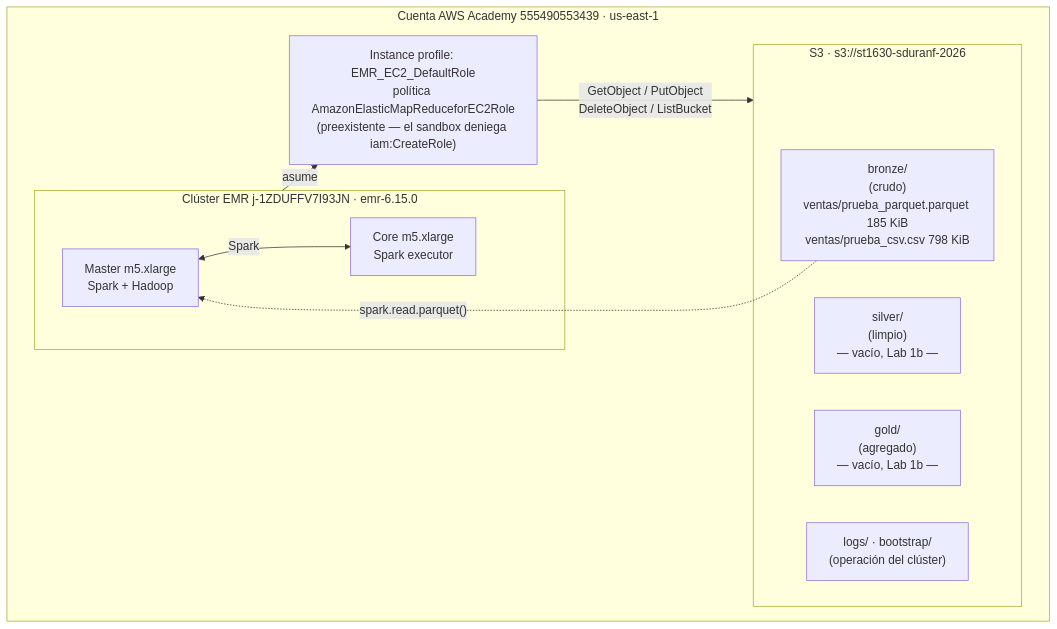
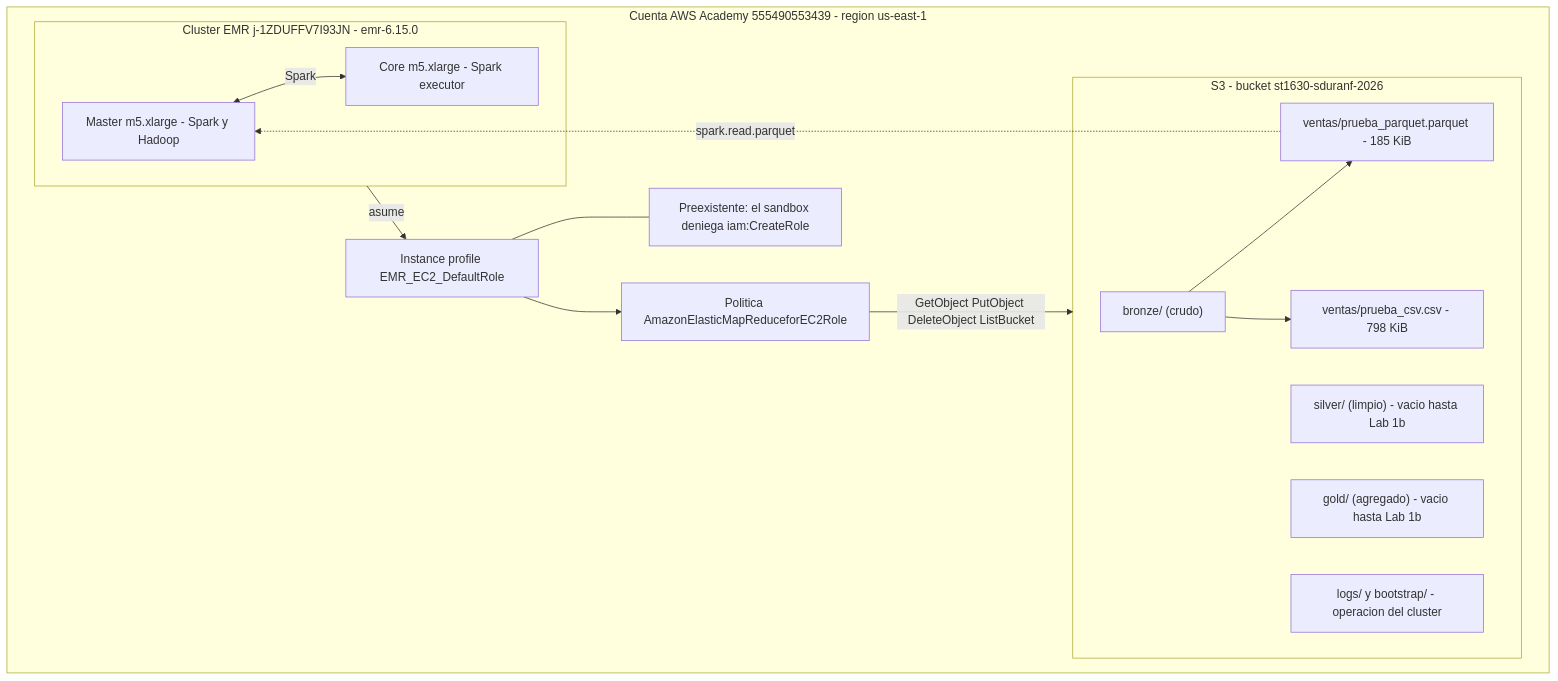
The diagram in labs/lab1a-cloud-setup/entregas/sduranf/architecture.md (juanjosediazrodriguez/st1630-252), drawn with Mermaid before and after one commit.

Commit message:
fix(lab1a): corregir renderizado del diagrama mermaid

````diff
--- a/labs/lab1a-cloud-setup/entregas/sduranf/architecture.md
+++ b/labs/lab1a-cloud-setup/entregas/sduranf/architecture.md
@@ -8,23 +8,31 @@
 ```mermaid
 flowchart TB
-    subgraph AWS["Cuenta AWS Academy 555490553439 · us-east-1"]
-        subgraph S3["S3 · s3://st1630-sduranf-2026"]
-            B["bronze/<br/>(crudo)<br/>ventas/prueba_parquet.parquet 185 KiB<br/>ventas/prueba_csv.csv 798 KiB"]
-            S["silver/<br/>(limpio)<br/>— vacío, Lab 1b —"]
-            G["gold/<br/>(agregado)<br/>— vacío, Lab 1b —"]
-            L["logs/ · bootstrap/<br/>(operación del clúster)"]
+    subgraph AWS["Cuenta AWS Academy 555490553439 - region us-east-1"]
+        subgraph S3["S3 - bucket st1630-sduranf-2026"]
+            B["bronze/ (crudo)"]
+            BV["ventas/prueba_parquet.parquet - 185 KiB"]
+            BC["ventas/prueba_csv.csv - 798 KiB"]
+            S["silver/ (limpio) - vacio hasta Lab 1b"]
+            G["gold/ (agregado) - vacio hasta Lab 1b"]
+            L["logs/ y bootstrap/ - operacion del cluster"]
         end
 
-        IAM["Instance profile: EMR_EC2_DefaultRole<br/>política AmazonElasticMapReduceforEC2Role<br/>(preexistente — el sandbox deniega iam:CreateRole)"]
+        IAM["Instance profile EMR_EC2_DefaultRole"]
+        POL["Politica AmazonElasticMapReduceforEC2Role"]
+        NOTA["Preexistente: el sandbox deniega iam:CreateRole"]
 
-        subgraph EMR["Clúster EMR j-1ZDUFFV7I93JN · emr-6.15.0"]
-            M["Master m5.xlarge<br/>Spark + Hadoop"]
-            C["Core m5.xlarge<br/>Spark executor"]
+        subgraph EMR["Cluster EMR j-1ZDUFFV7I93JN - emr-6.15.0"]
+            M["Master m5.xlarge - Spark y Hadoop"]
+            C["Core m5.xlarge - Spark executor"]
         end
     end
 
-    M <-->|"Spark"| C
-    EMR -->|"asume"| IAM
-    IAM -->|"GetObject / PutObject<br/>DeleteObject / ListBucket"| S3
-    B -.->|"spark.read.parquet()"| M
+    B --> BV
+    B --> BC
+    M <-->|Spark| C
+    EMR -->|asume| IAM
+    IAM --> POL
+    IAM --- NOTA
+    POL -->|GetObject PutObject DeleteObject ListBucket| S3
+    BV -.->|spark.read.parquet| M
 ```
````
